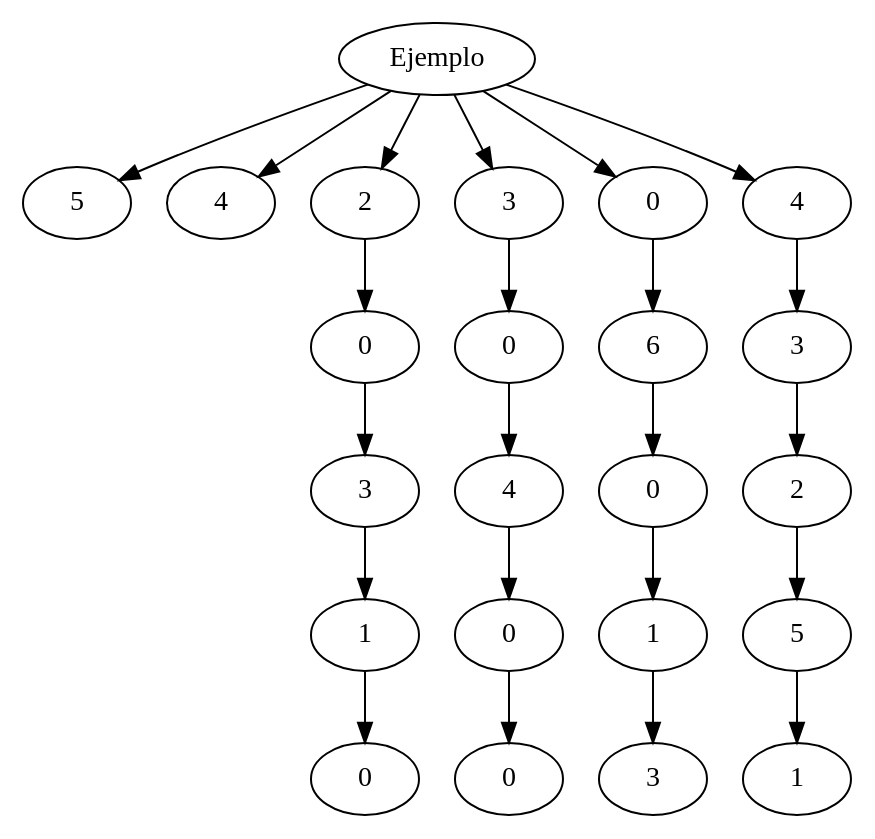
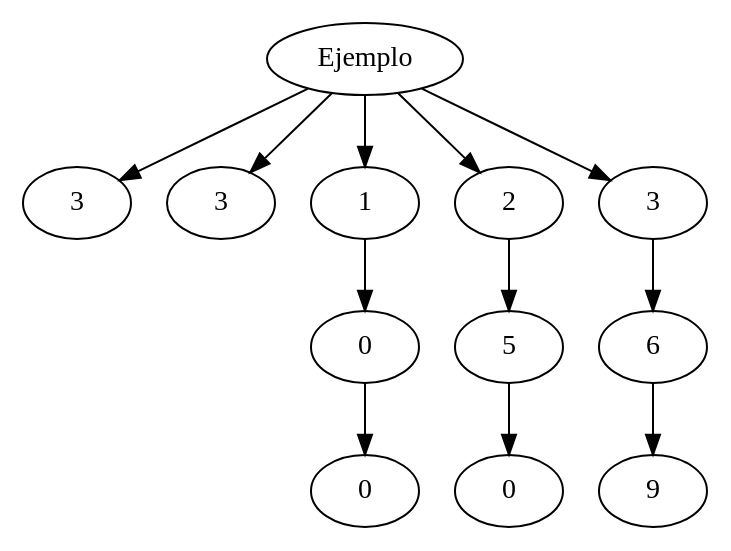
The diagram in Grafo.dot (dcoti/IPC2_Proyecto1_201801146), drawn with Graphviz before and after one commit. The commit also changed 3 other files, not shown here.

```diff
--- a/Grafo.dot
+++ b/Grafo.dot
@@ -1,46 +1,24 @@
 digraph g{
-filas[label="5"]
-columnas[label="4"]
+filas[label="3"]
+columnas[label="3"]
 Ejemplo->filas
 Ejemplo->columnas
-11[label="2"]
+11[label="1"]
 Ejemplo->11
 21[label="0"]
 11->21
-31[label="3"]
+31[label="0"]
 21->31
-41[label="1"]
-31->41
-51[label="0"]
-41->51
-12[label="3"]
+12[label="2"]
 Ejemplo->12
-22[label="0"]
+22[label="5"]
 12->22
-32[label="4"]
+32[label="0"]
 22->32
-42[label="0"]
-32->42
-52[label="0"]
-42->52
-13[label="0"]
+13[label="3"]
 Ejemplo->13
 23[label="6"]
 13->23
-33[label="0"]
+33[label="9"]
 23->33
-43[label="1"]
-33->43
-53[label="3"]
-43->53
-14[label="4"]
-Ejemplo->14
-24[label="3"]
-14->24
-34[label="2"]
-24->34
-44[label="5"]
-34->44
-54[label="1"]
-44->54
 }
```
